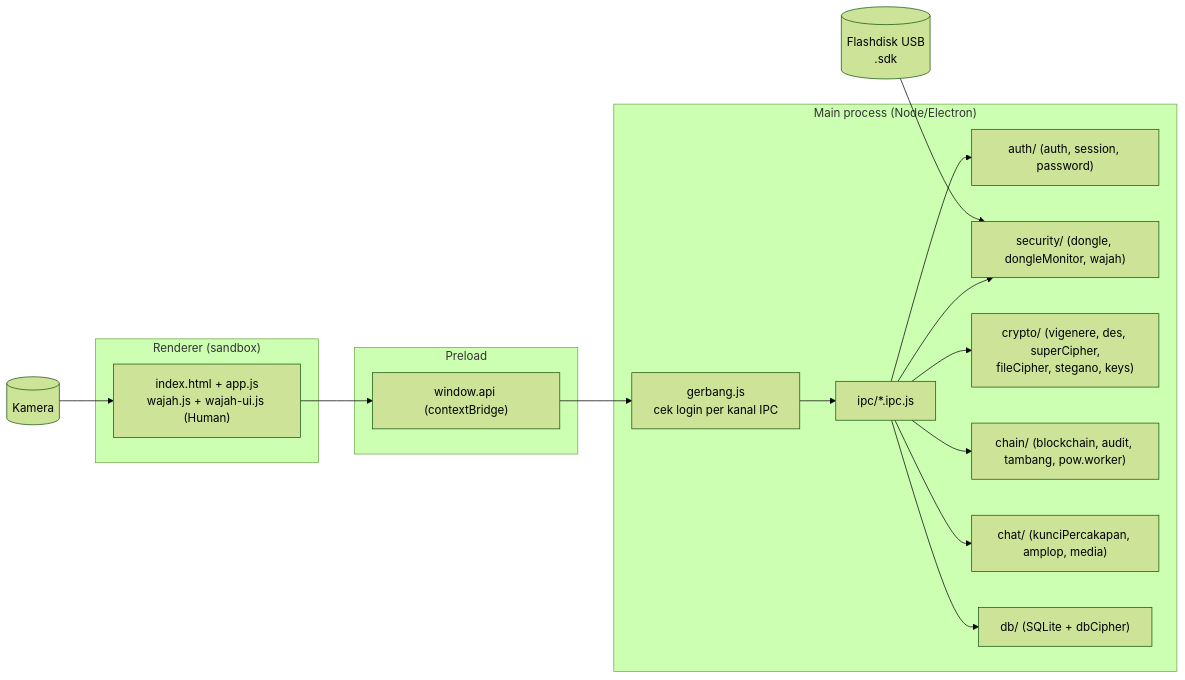
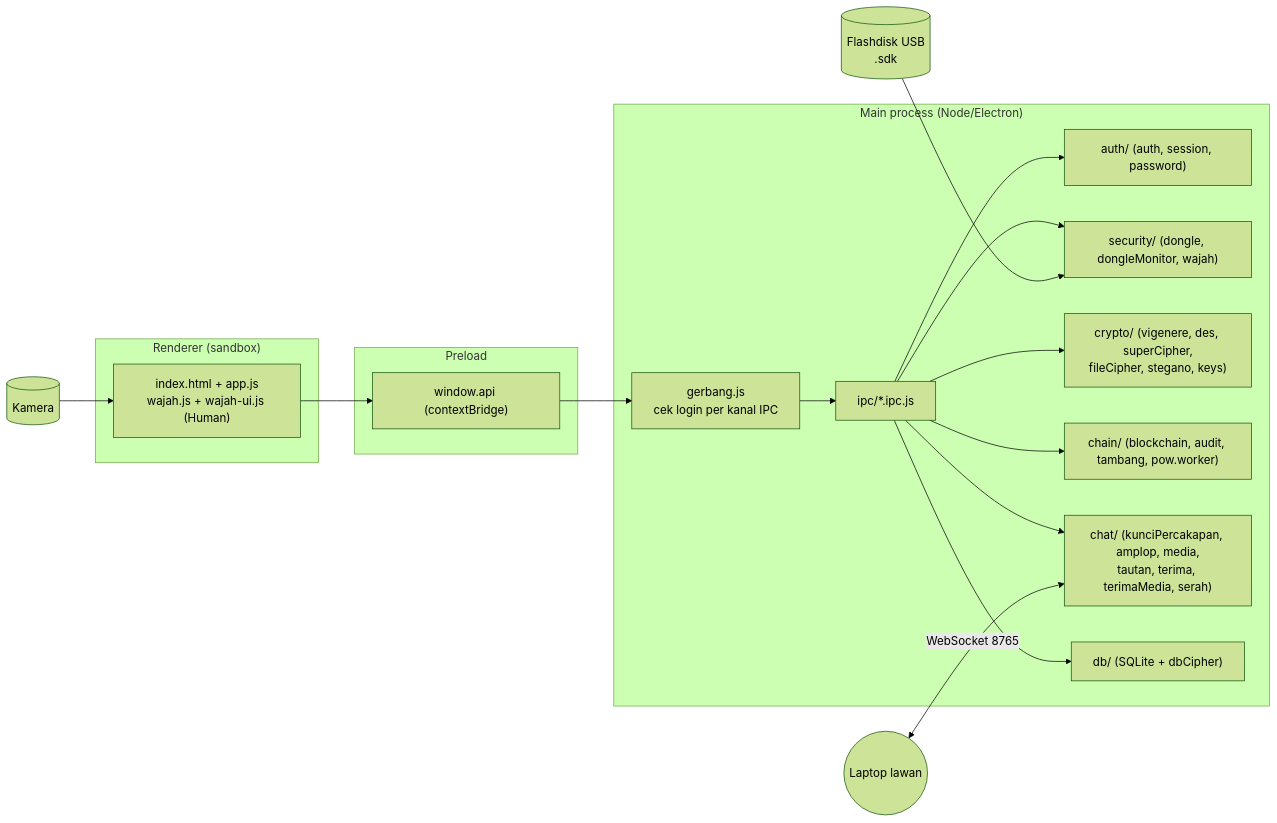
The first of 3 diagrams in README.md (anubluskrin/TA-Kriptoasik), drawn with Mermaid (forest theme) before and after one commit. The commit also changed other lines of this file and 7 other files, not shown here.

````diff
--- a/README.md
+++ b/README.md
@@ -68,23 +69,24 @@
 ```mermaid
 flowchart LR
   subgraph Renderer["Renderer (sandbox)"]
     UI["index.html + app.js\nwajah.js + wajah-ui.js (Human)"]
   end
   subgraph Preload["Preload"]
     API["window.api (contextBridge)"]
   end
   subgraph Main["Main process (Node/Electron)"]
     GATE["gerbang.js\ncek login per kanal IPC"]
     IPC["ipc/*.ipc.js"]
     AUTH["auth/ (auth, session, password)"]
     SEC["security/ (dongle, dongleMonitor, wajah)"]
     CRY["crypto/ (vigenere, des, superCipher,\nfileCipher, stegano, keys)"]
     CHAIN["chain/ (blockchain, audit, tambang, pow.worker)"]
-    CHAT["chat/ (kunciPercakapan, amplop, media)"]
+    CHAT["chat/ (kunciPercakapan, amplop, media,\ntautan, terima, terimaMedia, serah)"]
     DB["db/ (SQLite + dbCipher)"]
   end
   UI --> API --> GATE --> IPC
   IPC --> AUTH & SEC & CRY & CHAIN & CHAT & DB
   USB[("Flashdisk USB\n.sdk")] --> SEC
   CAM[("Kamera")] --> UI
+  LAWAN(("Laptop lawan")) <-->|WebSocket 8765| CHAT
 ```
````
